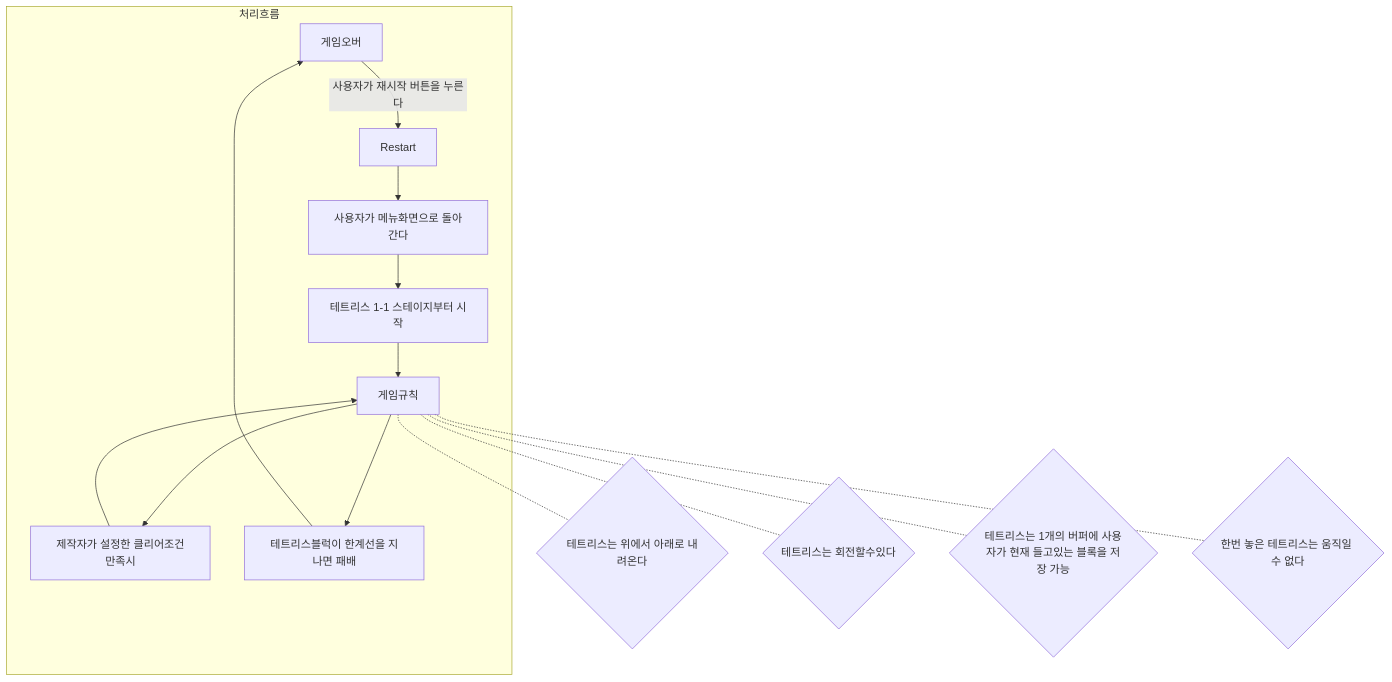
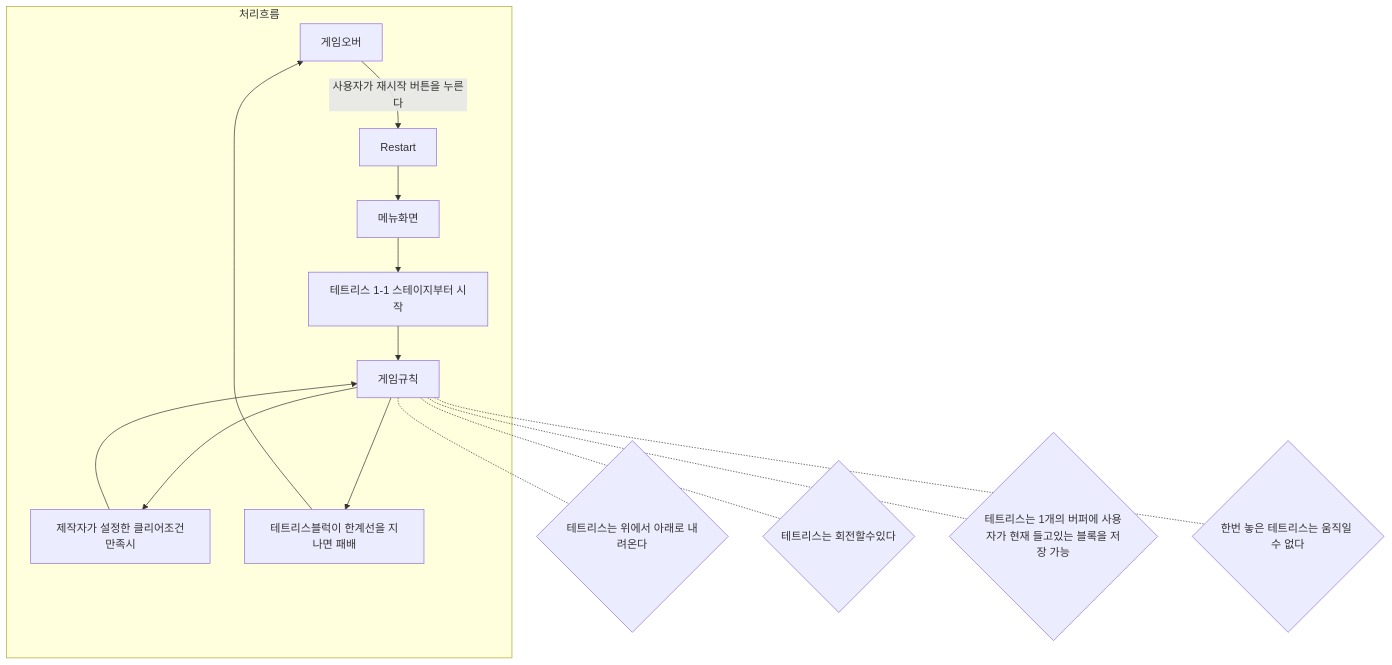
Before and after one commit to Wonsoox/Tutorial_Imitation_Teris: the first of 2 diagrams in Diagrams/20210519_Diagram.md, drawn with Mermaid.

````diff
--- a/Diagrams/20210519_Diagram.md
+++ b/Diagrams/20210519_Diagram.md
@@ -2,20 +2,20 @@
 ```mermaid
 graph TD
   subgraph GameFlow[처리흐름]
     GameOver[게임오버] -->|사용자가 재시작 버튼을 누른다| Restart
-    Restart --> Menu
-    Menu[사용자가 메뉴화면으로 돌아간다] -->  GameStart[테트리스 1-1 스테이지부터 시작]
+    Restart --> Menu[메뉴화면]
+    Menu -->  GameStart[테트리스 1-1 스테이지부터 시작]
     
     GameStart --> Play[게임규칙]
     Play --> Clear[제작자가 설정한 클리어조건만족시]
     Clear--> Play
     Play --> LoseCondition[테트리스블럭이 한계선을 지나면 패배]
     LoseCondition --> GameOver
   end
   Play -.- Rule1{테트리스는 위에서 아래로 내려온다}
   Play -.- Rule2{테트리스는 회전할수있다}
   Play -.- Rule3{테트리스는 1개의 버퍼에 사용자가 현재 들고있는 블록을 저장 가능}
   Play -.- Rule4{한번 놓은 테트리스는 움직일 수 없다}
 
   
 ```
````
